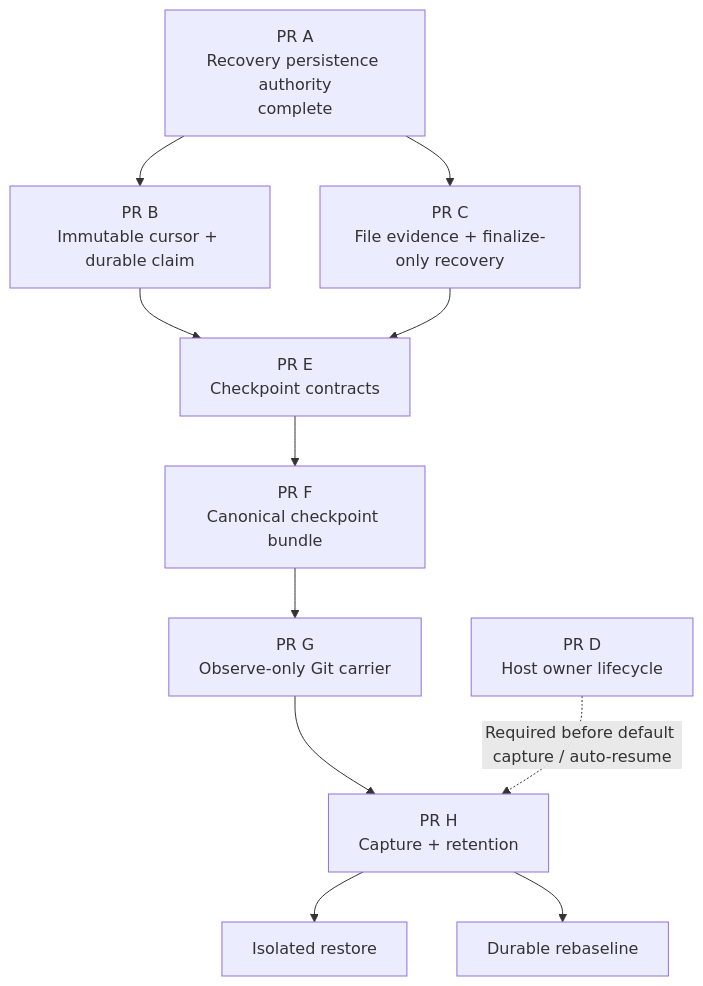
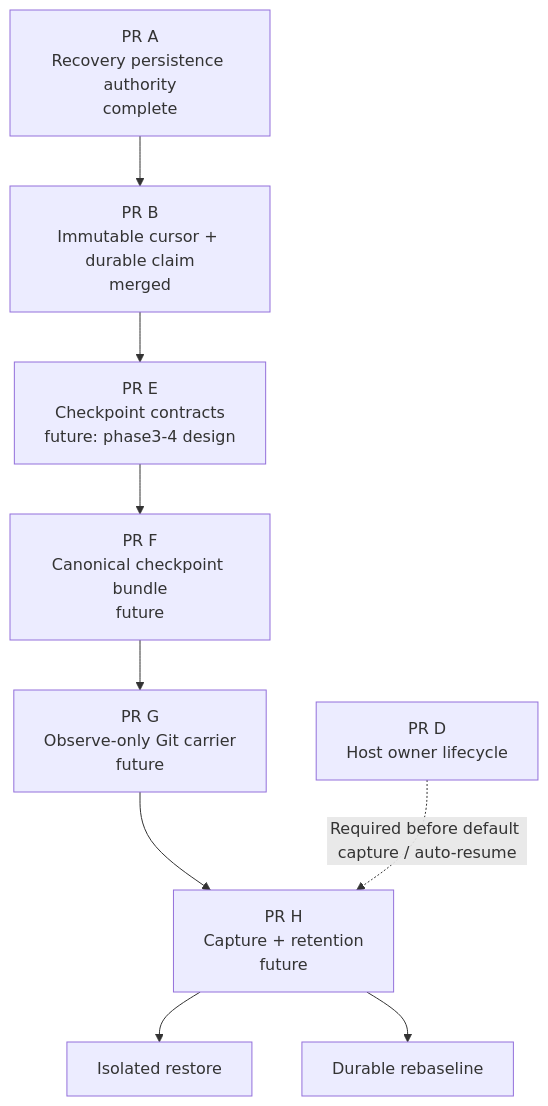
Diagram 13 of 13 in docs/architecture/runtime-resume-architecture.md (apache/maka), drawn with Mermaid before and after one commit. The commit also changed other lines of this file and 6 other files, not shown here.

First line of the commit message:
docs(architecture): verify the recovery and resume docs against main

````diff
--- a/docs/architecture/runtime-resume-architecture.md
+++ b/docs/architecture/runtime-resume-architecture.md
@@ -847,13 +847,11 @@
 ```mermaid
 flowchart TD
-  A["PR A<br/>Recovery persistence authority<br/>complete"] --> B["PR B<br/>Immutable cursor + durable claim"]
-  A --> C["PR C<br/>File evidence + finalize-only recovery"]
-  B --> E["PR E<br/>Checkpoint contracts"]
-  C --> E
-  E --> F["PR F<br/>Canonical checkpoint bundle"]
-  F --> G["PR G<br/>Observe-only Git carrier"]
-  G --> H["PR H<br/>Capture + retention"]
+  A["PR A<br/>Recovery persistence authority<br/>complete"] --> B["PR B<br/>Immutable cursor + durable claim<br/>merged"]
+  B --> E["PR E<br/>Checkpoint contracts<br/>future: phase3-4 design"]
+  E --> F["PR F<br/>Canonical checkpoint bundle<br/>future"]
+  F --> G["PR G<br/>Observe-only Git carrier<br/>future"]
+  G --> H["PR H<br/>Capture + retention<br/>future"]
   H --> Restore["Isolated restore"]
   H --> Rebaseline["Durable rebaseline"]
   D["PR D<br/>Host owner lifecycle"] -. "Required before default capture / auto-resume" .-> H
 ```
````
